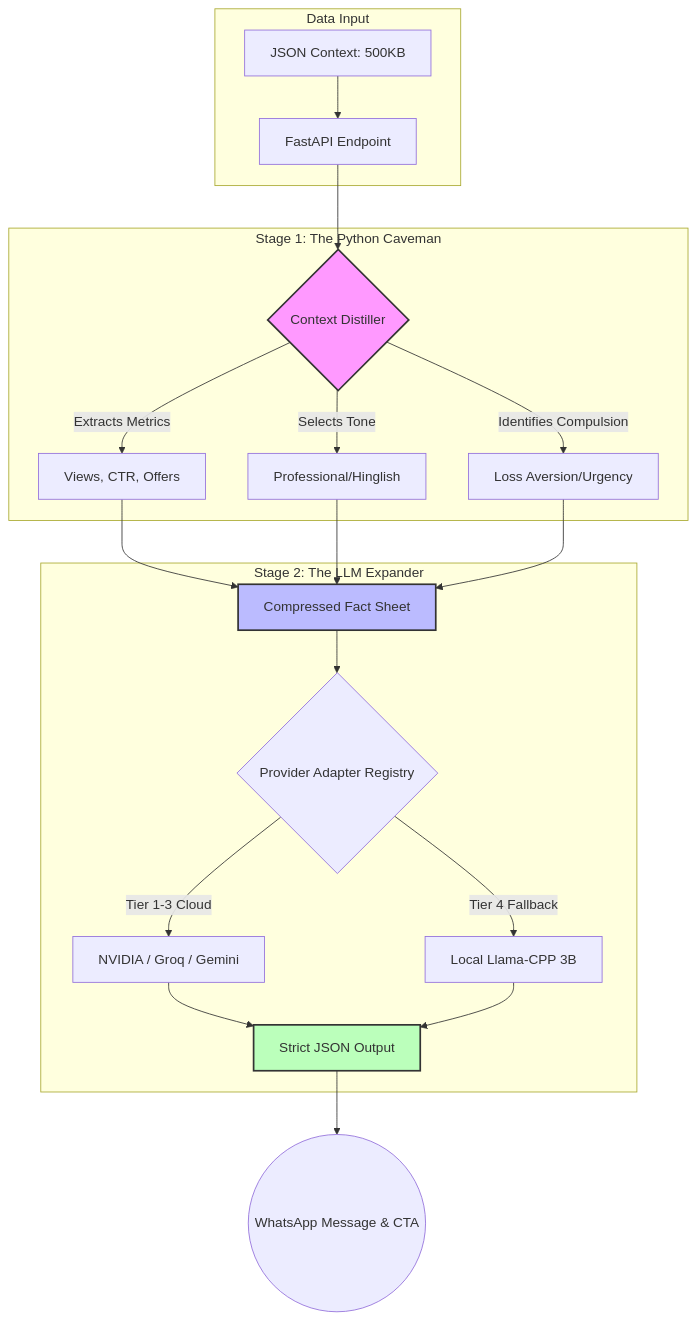
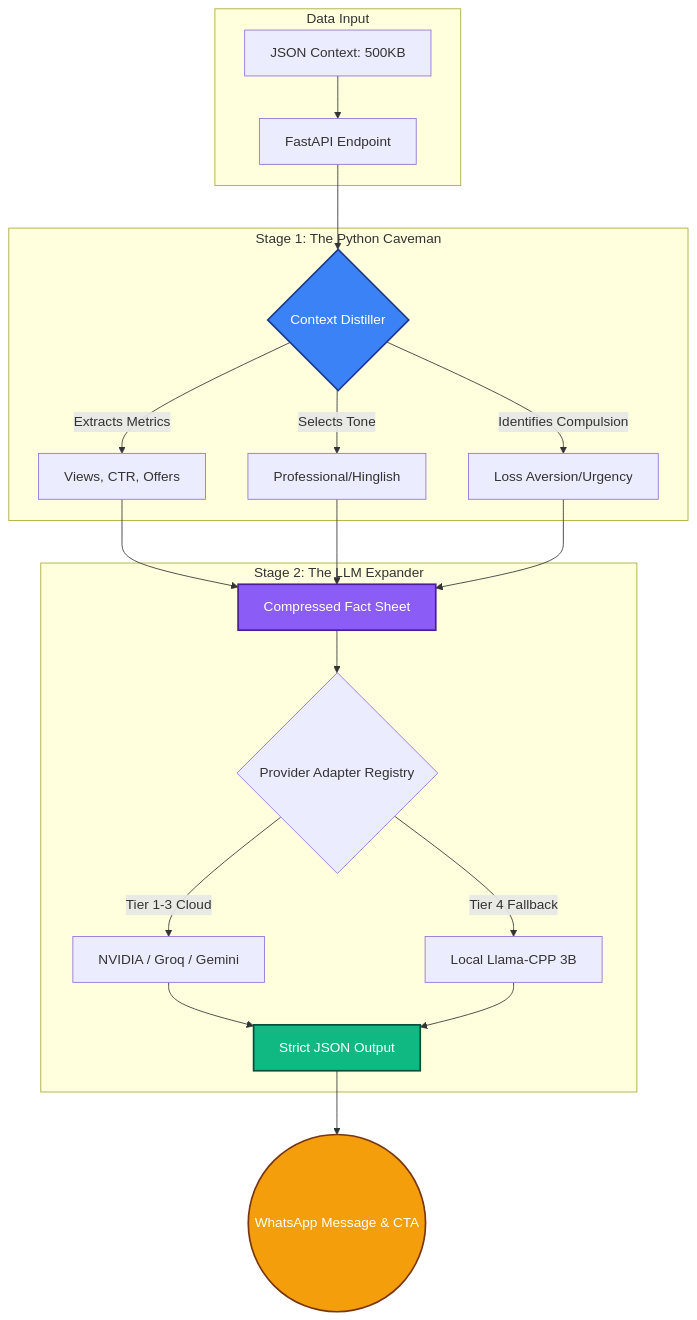
Before and after one commit to IDKHowToCodeFR/vera-engine: the first of 2 diagrams in architecture.md, drawn with Mermaid. The commit also changed other lines of this file and 5 other files, not shown here.

````diff
--- a/architecture.md
+++ b/architecture.md
@@ -8,27 +11,29 @@
 ```mermaid
 flowchart TD
     subgraph Data Input
         A[JSON Context: 500KB] --> B[FastAPI Endpoint]
     end
 
     subgraph Stage 1: The Python Caveman
         B --> C{Context Distiller}
         C -->|Extracts Metrics| D[Views, CTR, Offers]
         C -->|Selects Tone| E[Professional/Hinglish]
         C -->|Identifies Compulsion| F[Loss Aversion/Urgency]
     end
 
     subgraph Stage 2: The LLM Expander
         D & E & F --> G[Compressed Fact Sheet]
         G --> H{Provider Adapter Registry}
         H -->|Tier 1-3 Cloud| I[NVIDIA / Groq / Gemini]
         H -->|Tier 4 Fallback| J[Local Llama-CPP 3B]
         I & J --> K[Strict JSON Output]
     end
     
     K --> L((WhatsApp Message & CTA))
 
-    style C fill:#f9f,stroke:#333,stroke-width:2px
-    style G fill:#bbf,stroke:#333,stroke-width:2px
-    style K fill:#bfb,stroke:#333,stroke-width:2px
+    %% Modern UI Colors
+    style C fill:#3b82f6,stroke:#1e3a8a,stroke-width:2px,color:#fff
+    style G fill:#8b5cf6,stroke:#4c1d95,stroke-width:2px,color:#fff
+    style K fill:#10b981,stroke:#064e3b,stroke-width:2px,color:#fff
+    style L fill:#f59e0b,stroke:#78350f,stroke-width:2px,color:#fff
 ```
````
